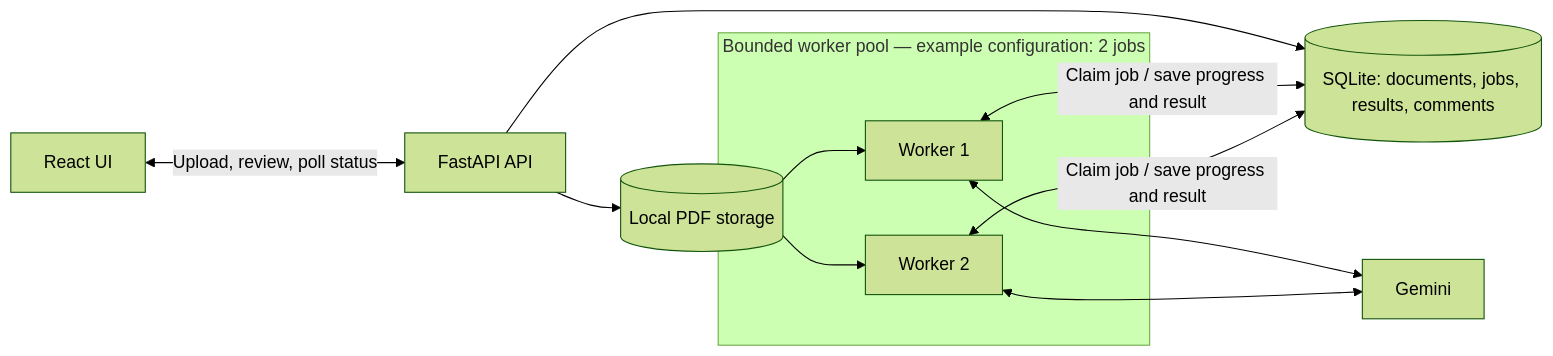
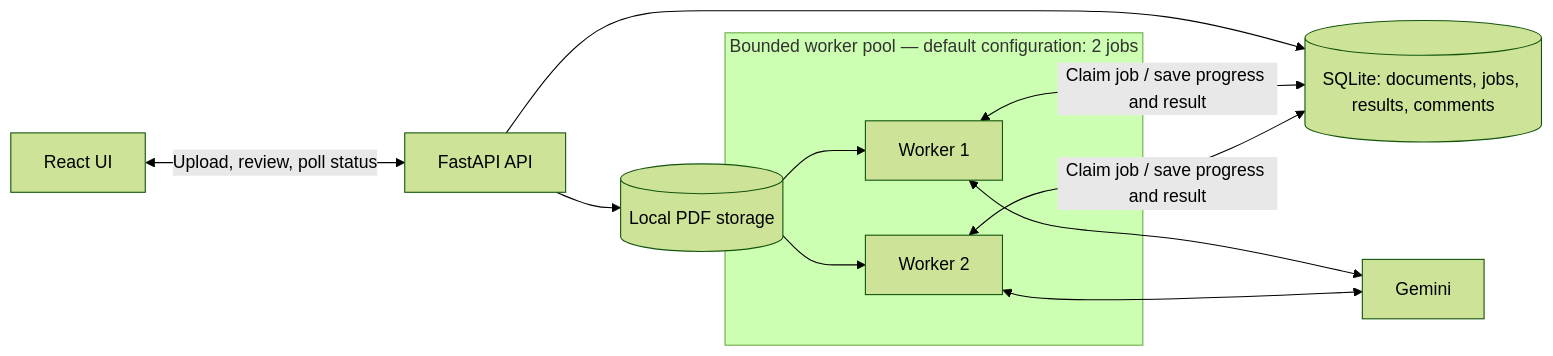
Before and after one commit to Alain-David-001/mercura-document-extractor: the second of 2 diagrams in docs/ARCHITECTURE.md, drawn with Mermaid (forest theme). The commit also changed other lines of this file and 5 other files, not shown here.

Commit message:
chore: default worker concurrency to two documents

````diff
--- a/docs/ARCHITECTURE.md
+++ b/docs/ARCHITECTURE.md
@@ -29,18 +29,18 @@
 ```mermaid
 flowchart LR
     UI["React UI"] <-->|"Upload, review, poll status"| API["FastAPI API"]
     API --> DB[("SQLite: documents, jobs, results, comments")]
     API --> Files[("Local PDF storage")]
 
-    subgraph Pool["Bounded worker pool — example configuration: 2 jobs"]
+    subgraph Pool["Bounded worker pool — default configuration: 2 jobs"]
         W1["Worker 1"]
         W2["Worker 2"]
     end
 
     W1 <-->|"Claim job / save progress and result"| DB
     W2 <-->|"Claim job / save progress and result"| DB
     Files --> W1
     Files --> W2
     W1 <--> Gemini["Gemini"]
     W2 <--> Gemini
 ```
````
